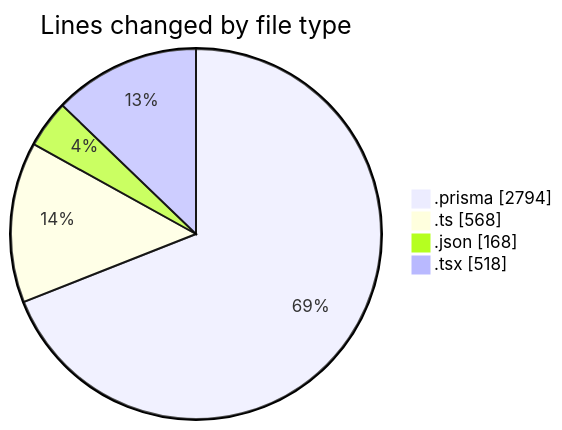
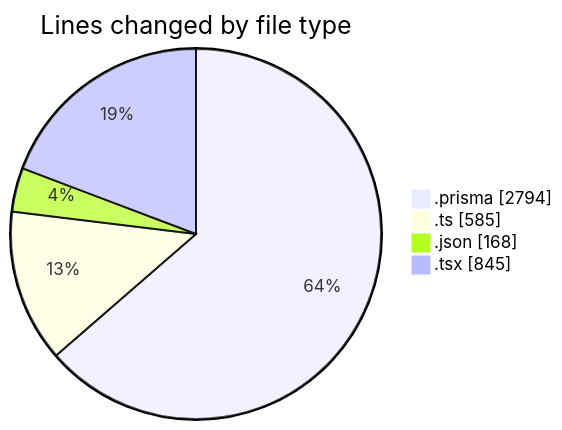
The first of 2 diagrams in 2025-05-01/ecodeli/README.md (CELIANVF/code-tracking), drawn with Mermaid before and after one commit. The commit also changed other lines of this file and 1 other file, not shown here.

````diff
--- a/2025-05-01/ecodeli/README.md
+++ b/2025-05-01/ecodeli/README.md
@@ -26,8 +27,8 @@
 ```mermaid
 pie showData
 title Lines changed by file type
 ".prisma" : 2794
-".ts" : 568
+".ts" : 585
 ".json" : 168
-".tsx" : 518
+".tsx" : 845
 ```
````
